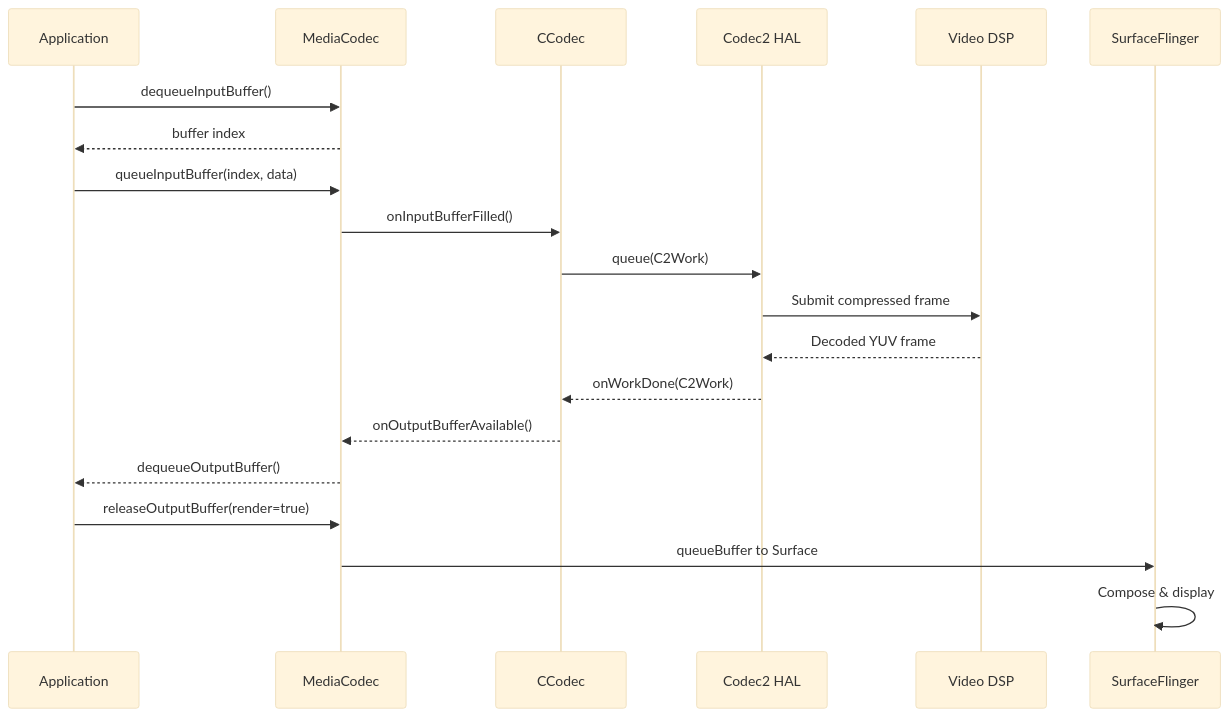
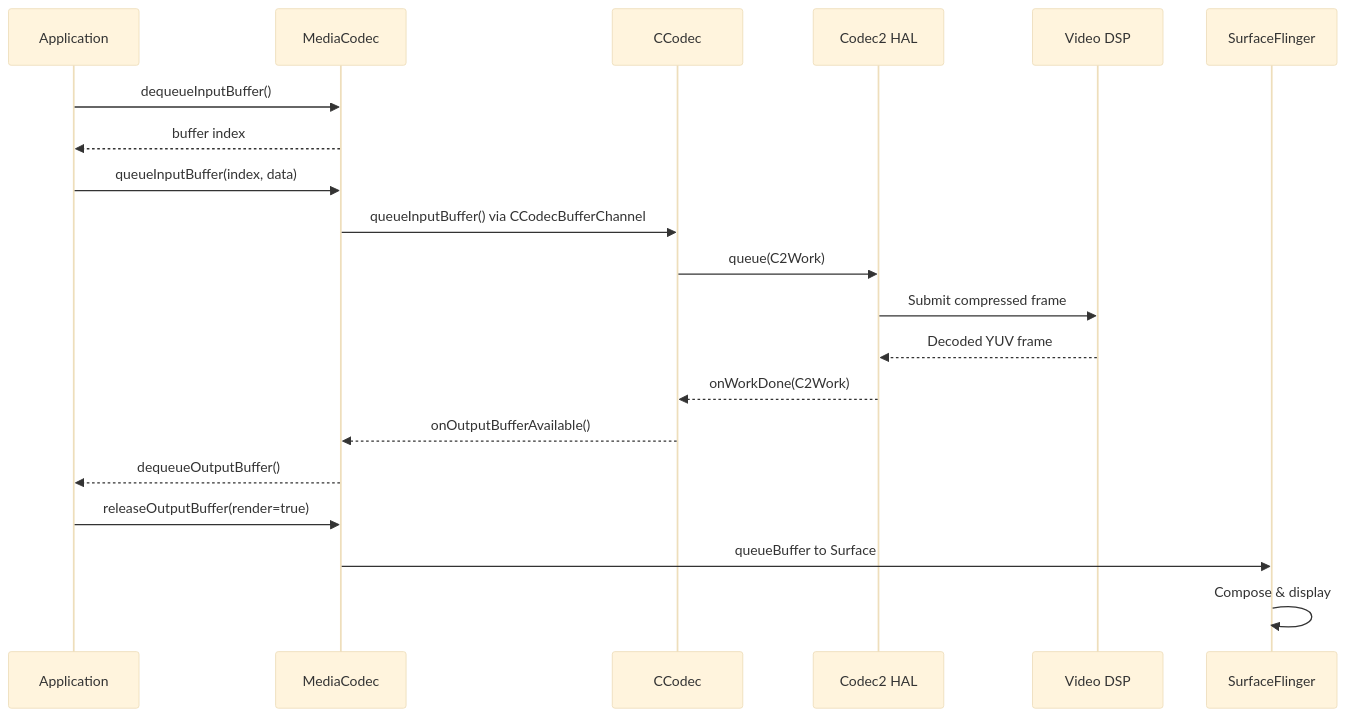
One commit to aospbooks/aosp-internal-book changed the second of 34 diagrams in 16-media-and-camera.md. Above: the diagram before and after it, drawn with Mermaid (base theme). The commit also changed other lines of this file and 218 other files, not shown here.

````diff
--- a/16-media-and-camera.md
+++ b/16-media-and-camera.md
@@ -115,23 +118,23 @@
 ```mermaid
 sequenceDiagram
     participant App as Application
     participant MC as MediaCodec
     participant CC as CCodec
     participant HAL as Codec2 HAL
     participant HW as Video DSP
     participant SF as SurfaceFlinger
 
     App->>MC: dequeueInputBuffer()
     MC-->>App: buffer index
     App->>MC: queueInputBuffer(index, data)
-    MC->>CC: onInputBufferFilled()
+    MC->>CC: queueInputBuffer() via CCodecBufferChannel
     CC->>HAL: queue(C2Work)
     HAL->>HW: Submit compressed frame
     HW-->>HAL: Decoded YUV frame
     HAL-->>CC: onWorkDone(C2Work)
     CC-->>MC: onOutputBufferAvailable()
     MC-->>App: dequeueOutputBuffer()
     App->>MC: releaseOutputBuffer(render=true)
     MC->>SF: queueBuffer to Surface
     SF->>SF: Compose & display
 ```
````
